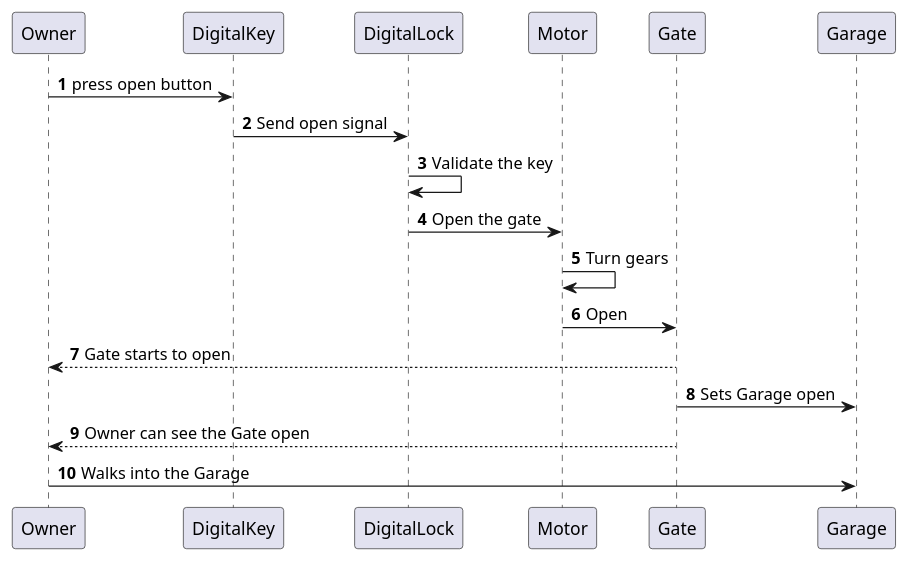
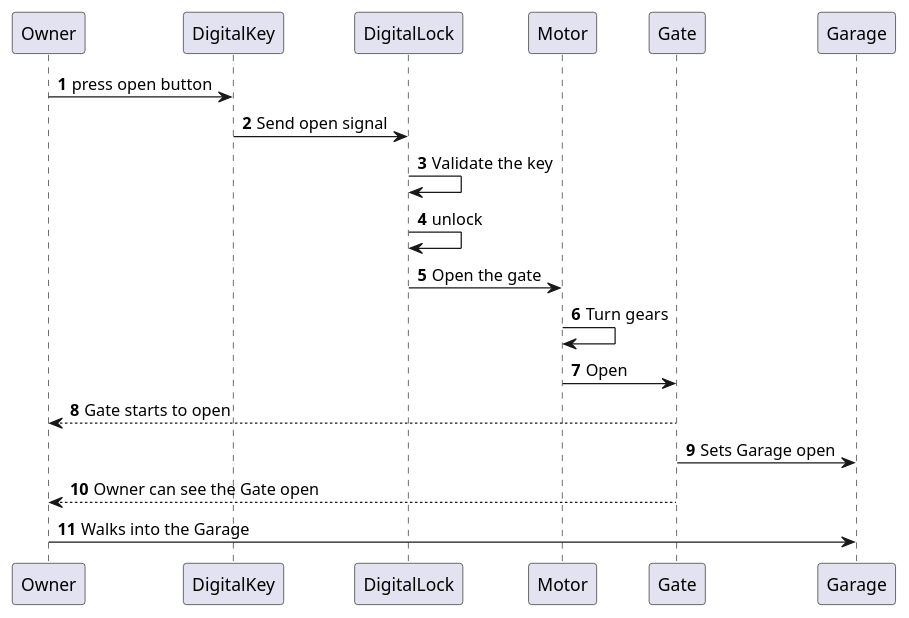
The diagram in uml/Open Garage - Ok.puml (ppopinot/mda-garage), drawn with PlantUML before and after one commit.

Commit message:
added details to open garage sequence diagram

```diff
--- a/uml/Open Garage - Ok.puml
+++ b/uml/Open Garage - Ok.puml
@@ -1,20 +1,21 @@
 @startuml
 'https://plantuml.com/sequence-diagram
 autonumber
 
 Owner -> DigitalKey: press open button
 
 DigitalKey -> DigitalLock: Send open signal
 DigitalLock -> DigitalLock: Validate the key
+DigitalLock -> DigitalLock: unlock
 DigitalLock -> Motor: Open the gate
 
 Motor -> Motor: Turn gears
 Motor -> Gate: Open
 
 Gate --> Owner: Gate starts to open
 Gate -> Garage: Sets Garage open
 Gate --> Owner: Owner can see the Gate open
 
 Owner -> Garage: Walks into the Garage
 
 @enduml
```
